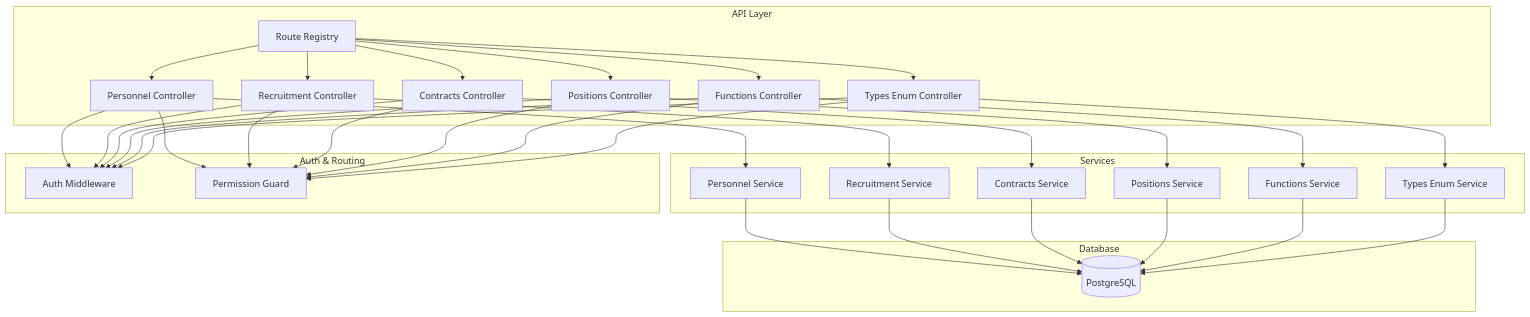
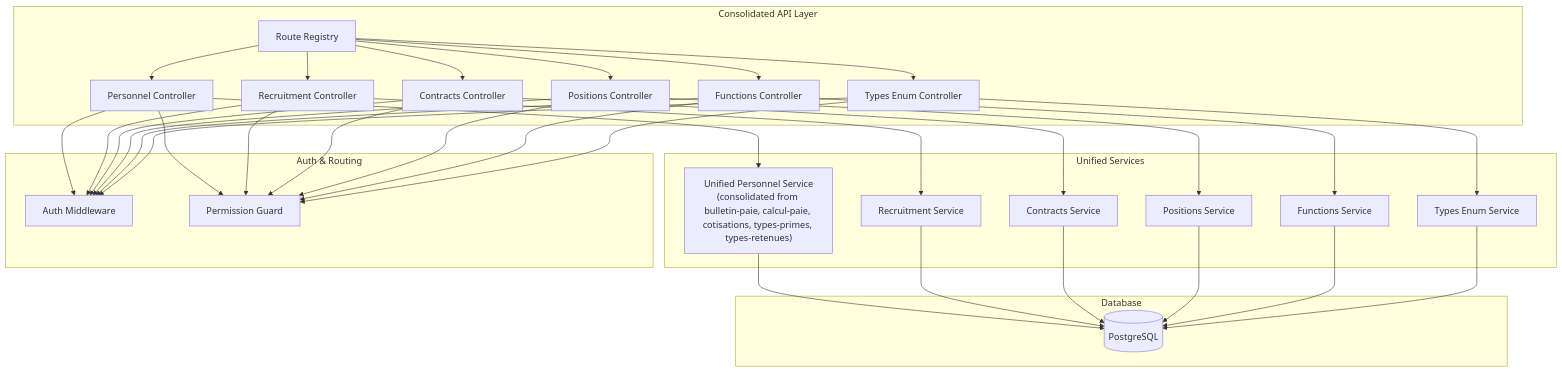
The first of 7 diagrams in .qoder/repowiki/en/content/API Reference/Human Resources API/Personnel Administration API/Personnel Administration API.md (franckylab/eLISAschool), drawn with Mermaid before and after one commit. The commit also changed other lines of this file and 102 other files, not shown here.

````diff
--- a/.qoder/repowiki/en/content/API Reference/Human Resources API/Personnel Administration API/Personnel Administration API.md
+++ b/.qoder/repowiki/en/content/API Reference/Human Resources API/Personnel Administration API/Personnel Administration API.md
@@ -59,57 +67,57 @@
 ```mermaid
 graph TB
-subgraph "API Layer"
+subgraph "Consolidated API Layer"
 R["Route Registry"]
 PC["Personnel Controller"]
 RC["Recruitment Controller"]
 CC["Contracts Controller"]
 PO["Positions Controller"]
 FO["Functions Controller"]
 TE["Types Enum Controller"]
 end
-subgraph "Services"
-PS["Personnel Service"]
+subgraph "Unified Services"
+PS["Unified Personnel Service<br/>(consolidated from bulletin-paie, calcul-paie, cotisations, types-primes, types-retenues)"]
 RS["Recruitment Service"]
 CS["Contracts Service"]
 POS["Positions Service"]
 FS["Functions Service"]
 TES["Types Enum Service"]
 end
 subgraph "Auth & Routing"
 AM["Auth Middleware"]
 GP["Permission Guard"]
 end
 subgraph "Database"
 DB[(PostgreSQL)]
 end
 R --> PC
 R --> RC
 R --> CC
 R --> PO
 R --> FO
 R --> TE
 PC --> PS
 RC --> RS
 CC --> CS
 PO --> POS
 FO --> FS
 TE --> TES
 PC --> AM
 RC --> AM
 CC --> AM
 PO --> AM
 FO --> AM
 TE --> AM
 PC --> GP
 RC --> GP
 CC --> GP
 PO --> GP
 FO --> GP
 TE --> GP
 PS --> DB
 RS --> DB
 CS --> DB
 POS --> DB
 FS --> DB
 TES --> DB
 ```
````
